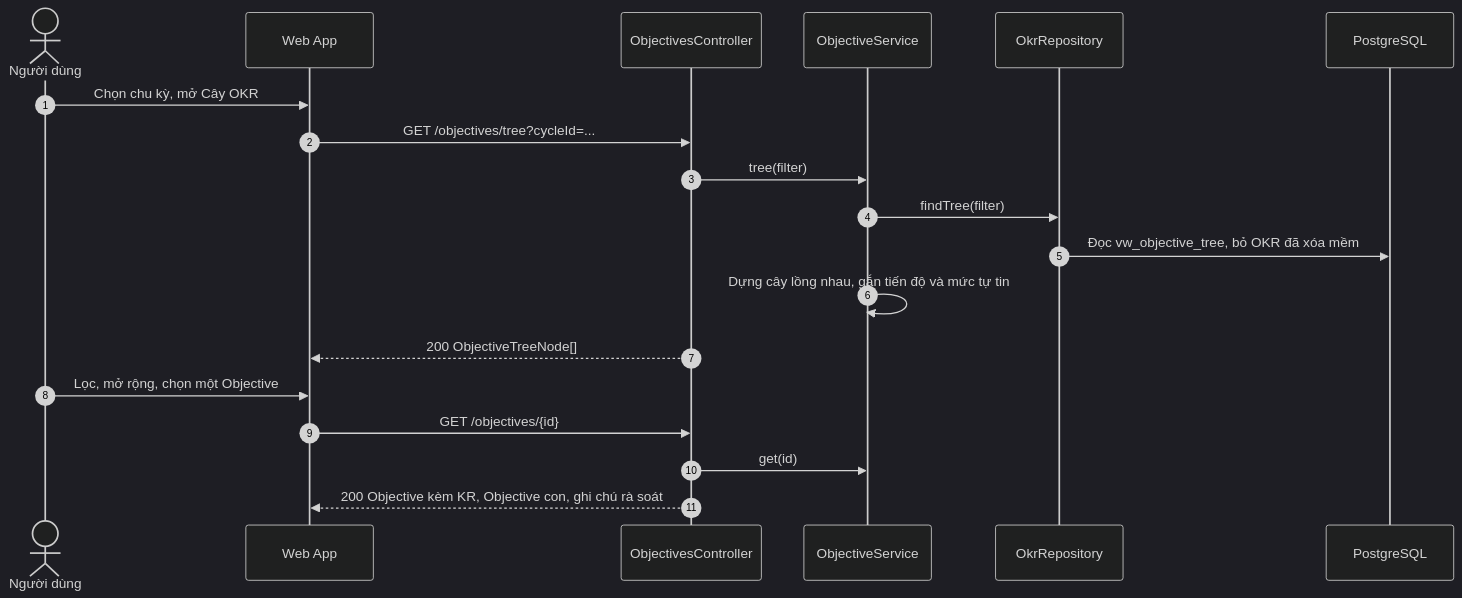
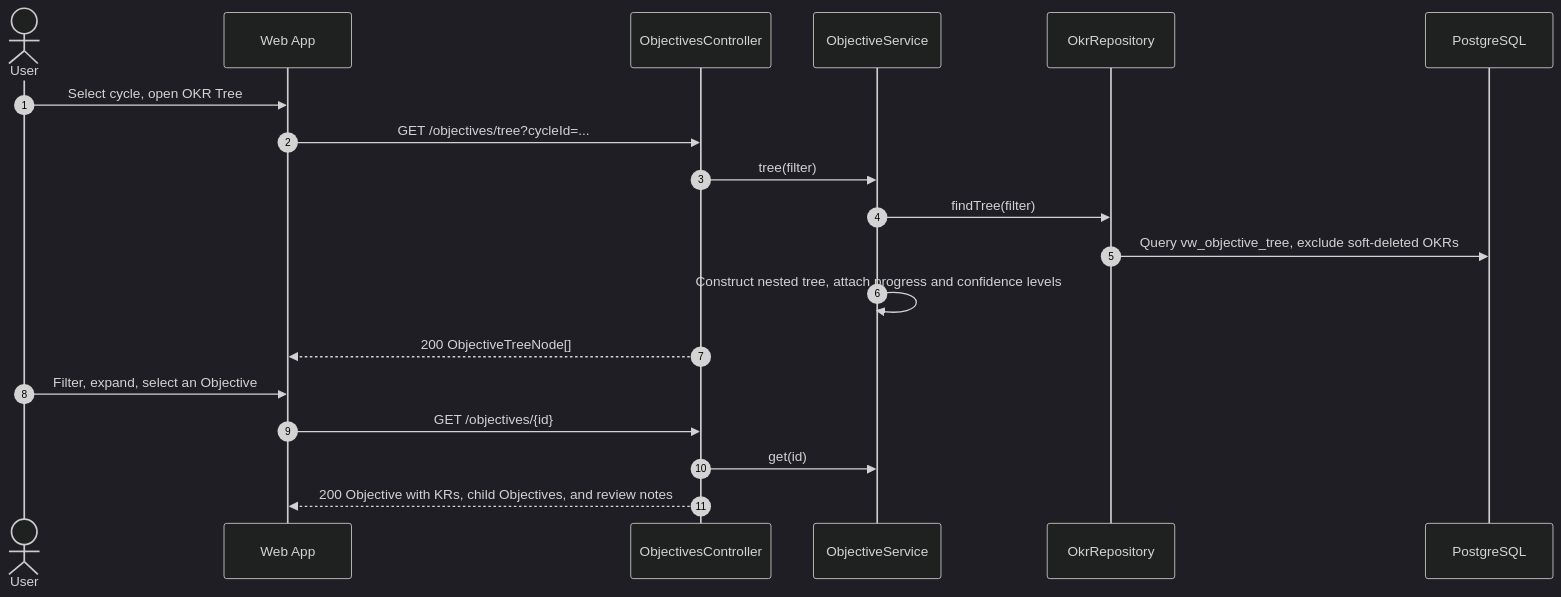
The seventh of 32 diagrams in docs/architecture/sequence-diagrams.md (Akaza-ban/OCK-360), drawn with Mermaid (dark theme) before and after one commit. The commit also changed other lines of this file and 24 other files, not shown here.

````diff
--- a/docs/architecture/sequence-diagrams.md
+++ b/docs/architecture/sequence-diagrams.md
@@ -270,22 +270,22 @@
 ```mermaid
 sequenceDiagram
     autonumber
-    actor U as Người dùng
+    actor U as User
     participant W as Web App
     participant C as ObjectivesController
     participant S as ObjectiveService
     participant R as OkrRepository
     participant DB as PostgreSQL
 
-    U->>W: Chọn chu kỳ, mở Cây OKR
+    U->>W: Select cycle, open OKR Tree
     W->>C: GET /objectives/tree?cycleId=...
     C->>S: tree(filter)
     S->>R: findTree(filter)
-    R->>DB: Đọc vw_objective_tree, bỏ OKR đã xóa mềm
-    S->>S: Dựng cây lồng nhau, gắn tiến độ và mức tự tin
+    R->>DB: Query vw_objective_tree, exclude soft-deleted OKRs
+    S->>S: Construct nested tree, attach progress and confidence levels
     C-->>W: 200 ObjectiveTreeNode[]
-    U->>W: Lọc, mở rộng, chọn một Objective
+    U->>W: Filter, expand, select an Objective
     W->>C: GET /objectives/{id}
     C->>S: get(id)
-    C-->>W: 200 Objective kèm KR, Objective con, ghi chú rà soát
+    C-->>W: 200 Objective with KRs, child Objectives, and review notes
 ```
````
